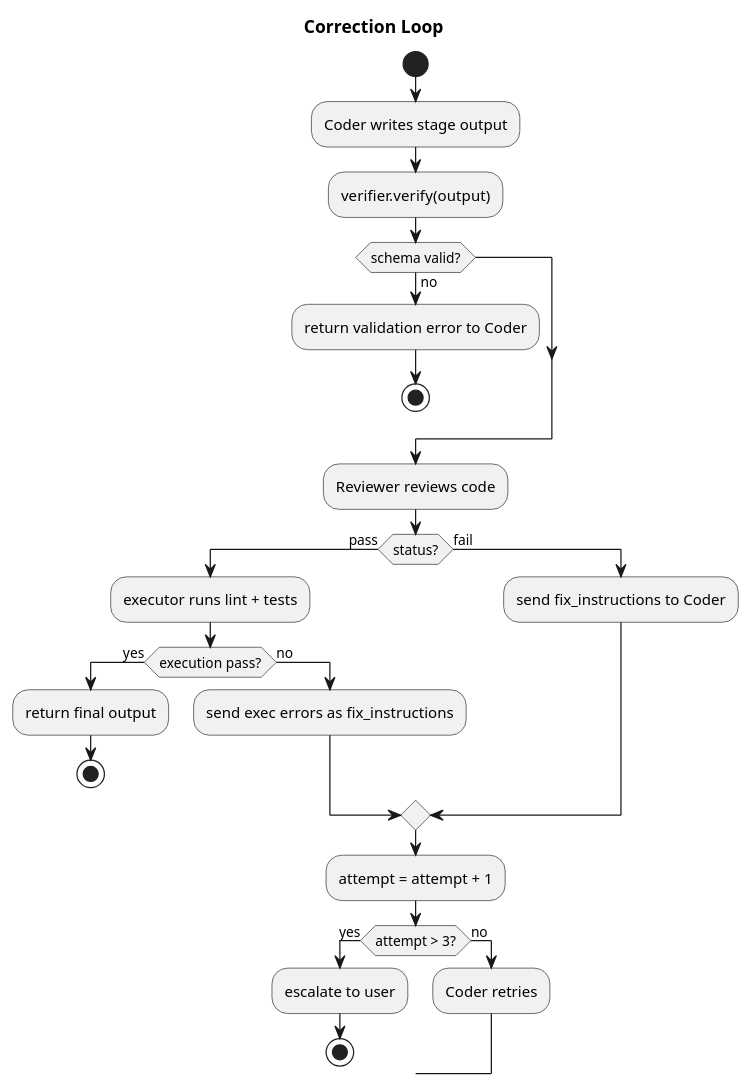
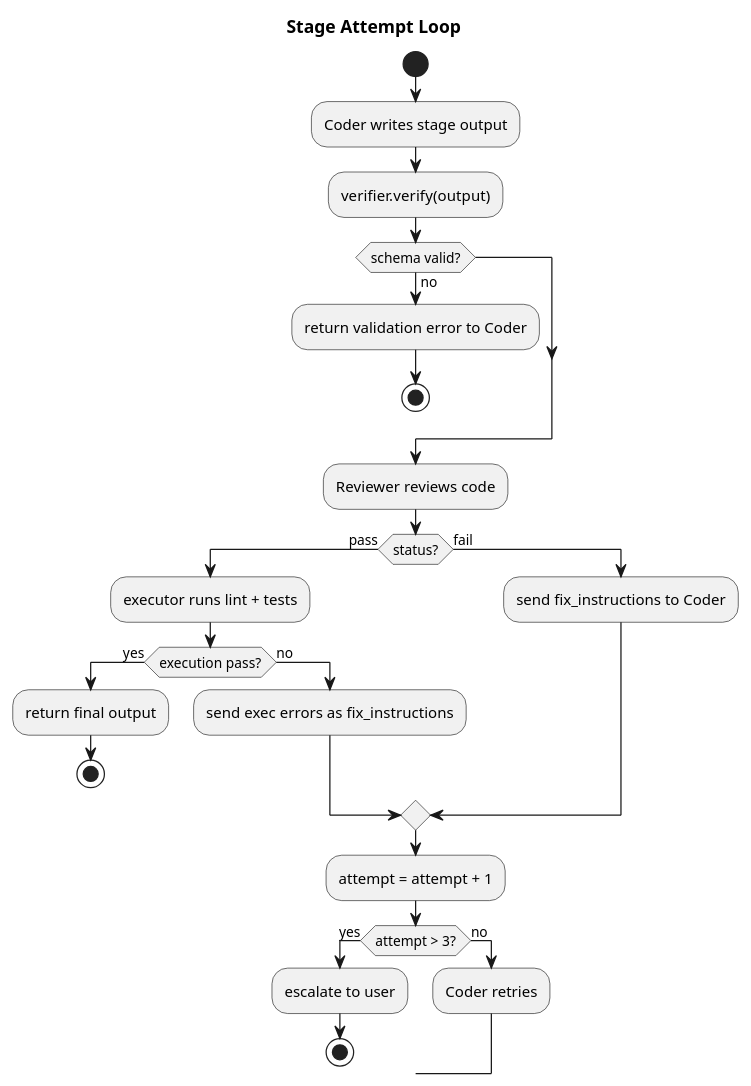
The fifth of 7 diagrams in .github/skills/documentation/references/plantuml-guide.md (Eurus7895/Musubi), drawn with PlantUML before and after one commit. The commit also changed other lines of this file and 105 other files, not shown here.

````diff
--- a/.github/skills/documentation/references/plantuml-guide.md
+++ b/.github/skills/documentation/references/plantuml-guide.md
@@ -148,35 +148,35 @@
 ```plantuml
 @startuml
-title Correction Loop
+title Stage Attempt Loop
 
 start
 :Coder writes stage output;
 :verifier.verify(output);
 if (schema valid?) then (no)
     :return validation error to Coder;
     stop
 endif
 
 :Reviewer reviews code;
 if (status?) then (pass)
     :executor runs lint + tests;
     if (execution pass?) then (yes)
         :return final output;
         stop
     else (no)
         :send exec errors as fix_instructions;
     endif
 else (fail)
     :send fix_instructions to Coder;
 endif
 
 :attempt = attempt + 1;
 if (attempt > 3?) then (yes)
     :escalate to user;
     stop
 else (no)
     :Coder retries;
     -> Coder writes stage output;
 endif
 @enduml
 ```
````
